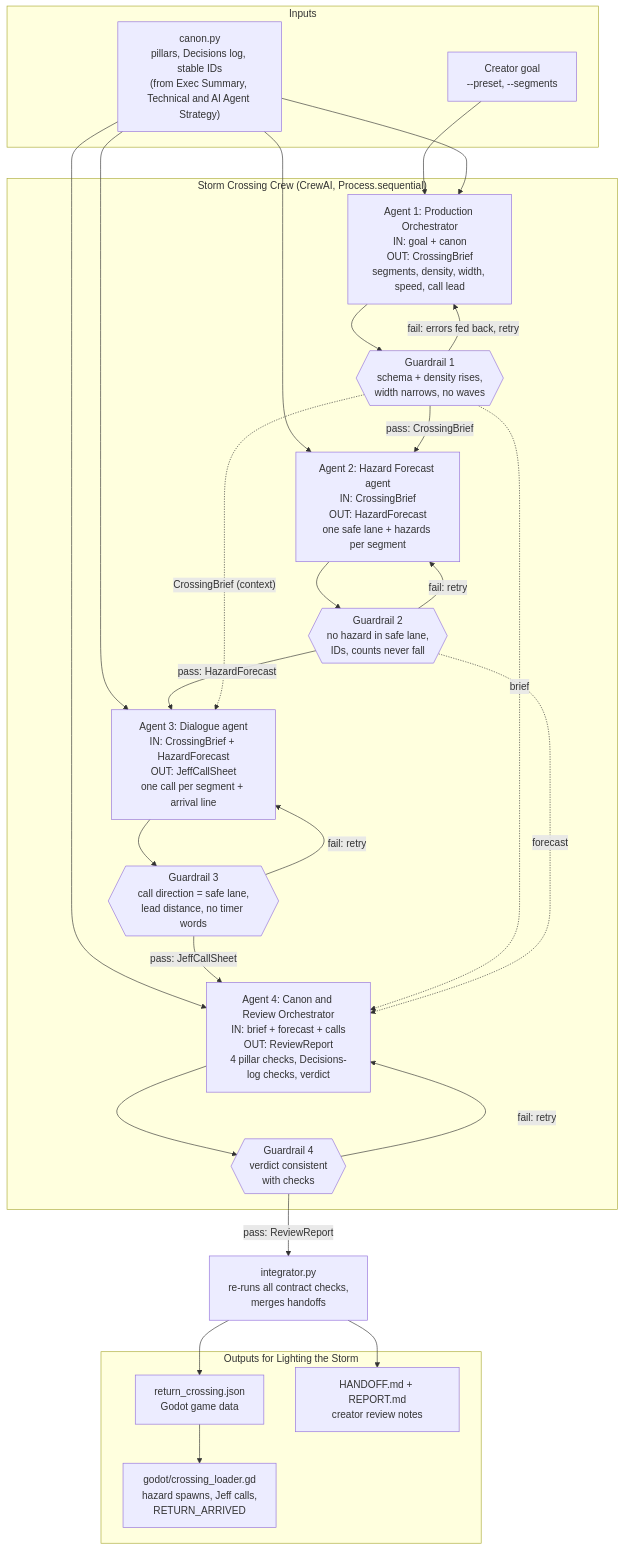
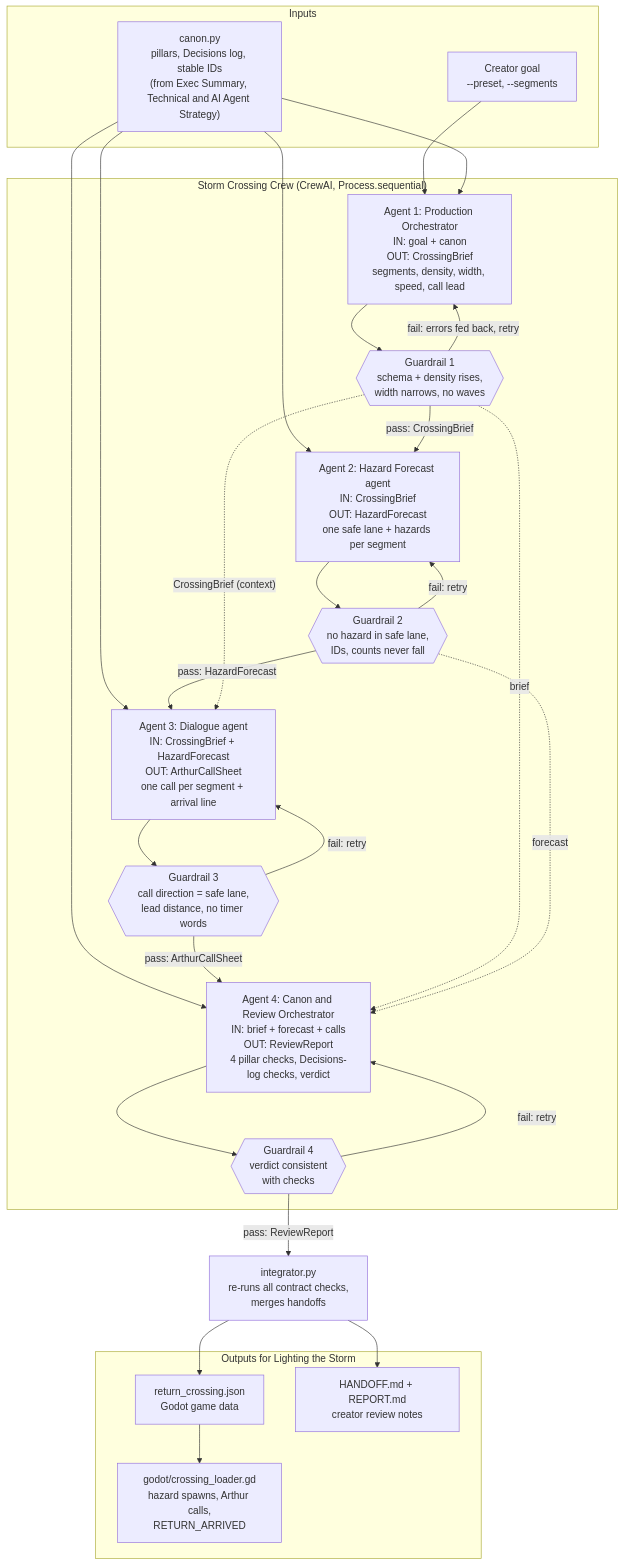
One commit to keanetheory/AI_GameDev changed the diagram in AIAgentCrew/crew_architecture.mermaid. Above: the diagram before and after it, drawn with Mermaid. The commit also changed 121 other files, not shown here.

First line of the commit message:
Rename Jeff to Arthur and the new guy to Isaac across lore, agents and Godot data

```diff
--- a/AIAgentCrew/crew_architecture.mermaid
+++ b/AIAgentCrew/crew_architecture.mermaid
@@ -1,44 +1,44 @@
 flowchart TD
     subgraph IN["Inputs"]
         GOAL["Creator goal<br/>--preset, --segments"]
         CANON["canon.py<br/>pillars, Decisions log, stable IDs<br/>(from Exec Summary, Technical and AI Agent Strategy)"]
     end
 
     subgraph CREW["Storm Crossing Crew (CrewAI, Process.sequential)"]
         A1["Agent 1: Production Orchestrator<br/>IN: goal + canon<br/>OUT: CrossingBrief<br/>segments, density, width, speed, call lead"]
         G1{{"Guardrail 1<br/>schema + density rises,<br/>width narrows, no waves"}}
         A2["Agent 2: Hazard Forecast agent<br/>IN: CrossingBrief<br/>OUT: HazardForecast<br/>one safe lane + hazards per segment"]
         G2{{"Guardrail 2<br/>no hazard in safe lane,<br/>IDs, counts never fall"}}
-        A3["Agent 3: Dialogue agent<br/>IN: CrossingBrief + HazardForecast<br/>OUT: JeffCallSheet<br/>one call per segment + arrival line"]
+        A3["Agent 3: Dialogue agent<br/>IN: CrossingBrief + HazardForecast<br/>OUT: ArthurCallSheet<br/>one call per segment + arrival line"]
         G3{{"Guardrail 3<br/>call direction = safe lane,<br/>lead distance, no timer words"}}
         A4["Agent 4: Canon and Review Orchestrator<br/>IN: brief + forecast + calls<br/>OUT: ReviewReport<br/>4 pillar checks, Decisions-log checks, verdict"]
         G4{{"Guardrail 4<br/>verdict consistent<br/>with checks"}}
     end
 
     INT["integrator.py<br/>re-runs all contract checks,<br/>merges handoffs"]
 
     subgraph OUT["Outputs for Lighting the Storm"]
         JSON["return_crossing.json<br/>Godot game data"]
         HO["HANDOFF.md + REPORT.md<br/>creator review notes"]
-        GD["godot/crossing_loader.gd<br/>hazard spawns, Jeff calls,<br/>RETURN_ARRIVED"]
+        GD["godot/crossing_loader.gd<br/>hazard spawns, Arthur calls,<br/>RETURN_ARRIVED"]
     end
 
     GOAL --> A1
     CANON --> A1 & A2 & A3 & A4
     A1 --> G1
     G1 -- "fail: errors fed back, retry" --> A1
     G1 -- "pass: CrossingBrief" --> A2
     A2 --> G2
     G2 -- "fail: retry" --> A2
     G2 -- "pass: HazardForecast" --> A3
     G1 -. "CrossingBrief (context)" .-> A3
     A3 --> G3
     G3 -- "fail: retry" --> A3
-    G3 -- "pass: JeffCallSheet" --> A4
+    G3 -- "pass: ArthurCallSheet" --> A4
     G1 -. "brief" .-> A4
     G2 -. "forecast" .-> A4
     A4 --> G4
     G4 -- "fail: retry" --> A4
     G4 -- "pass: ReviewReport" --> INT
     INT --> JSON & HO
     JSON --> GD
```
